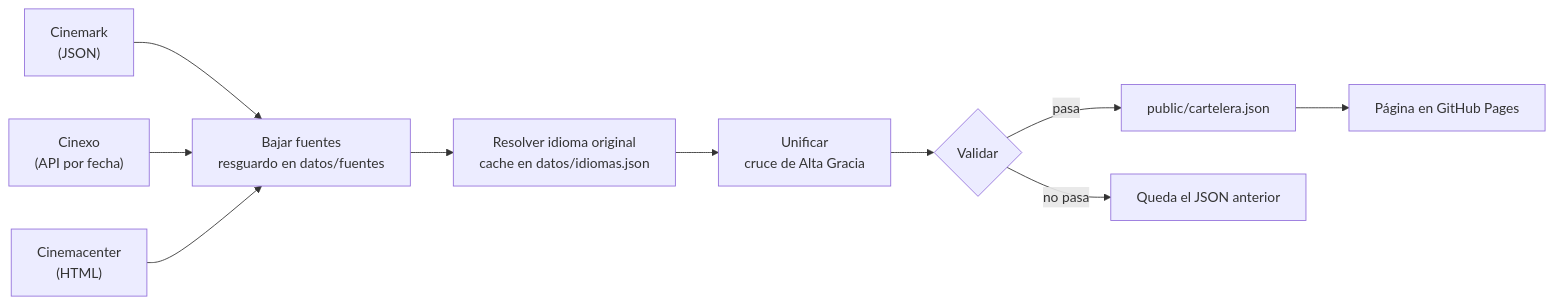
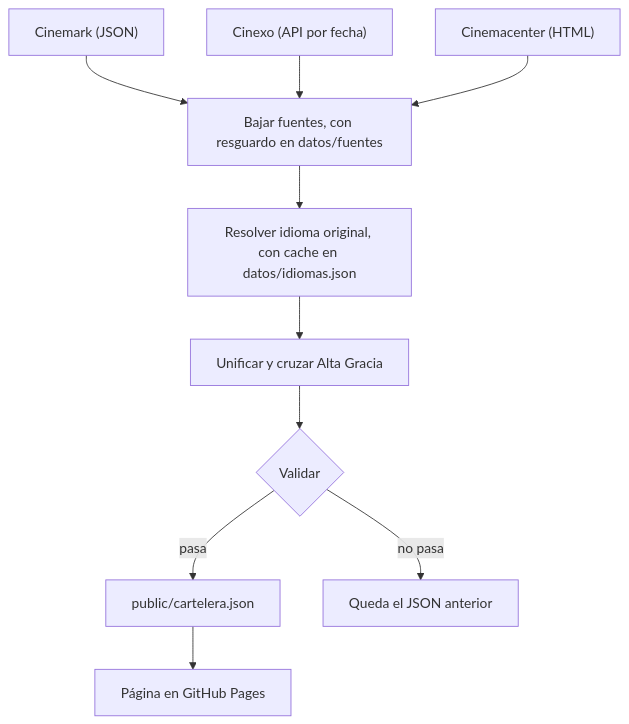
Before and after one commit to dimapoint/cartelera-cordoba: the diagram in README.md, drawn with Mermaid.

Commit message:
docs(readme): diagrama vertical para que se lea

````diff
--- a/README.md
+++ b/README.md
@@ -46,12 +46,12 @@
 ```mermaid
-flowchart LR
-  A["Cinemark<br/>(JSON)"] --> D
-  B["Cinexo<br/>(API por fecha)"] --> D
-  C["Cinemacenter<br/>(HTML)"] --> D
-  D["Bajar fuentes<br/>resguardo en datos/fuentes"] --> E["Resolver idioma original<br/>cache en datos/idiomas.json"]
-  E --> F["Unificar<br/>cruce de Alta Gracia"]
+flowchart TD
+  A["Cinemark (JSON)"] --> D
+  B["Cinexo (API por fecha)"] --> D
+  C["Cinemacenter (HTML)"] --> D
+  D["Bajar fuentes, con resguardo en datos/fuentes"] --> E["Resolver idioma original, con cache en datos/idiomas.json"]
+  E --> F["Unificar y cruzar Alta Gracia"]
   F --> G{"Validar"}
   G -- pasa --> H["public/cartelera.json"]
   G -- no pasa --> I["Queda el JSON anterior"]
   H --> J["Página en GitHub Pages"]
 ```
````
